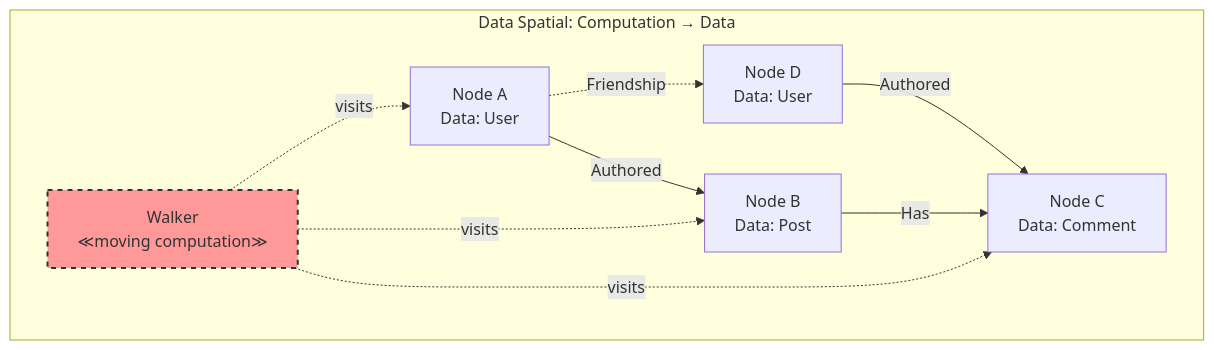
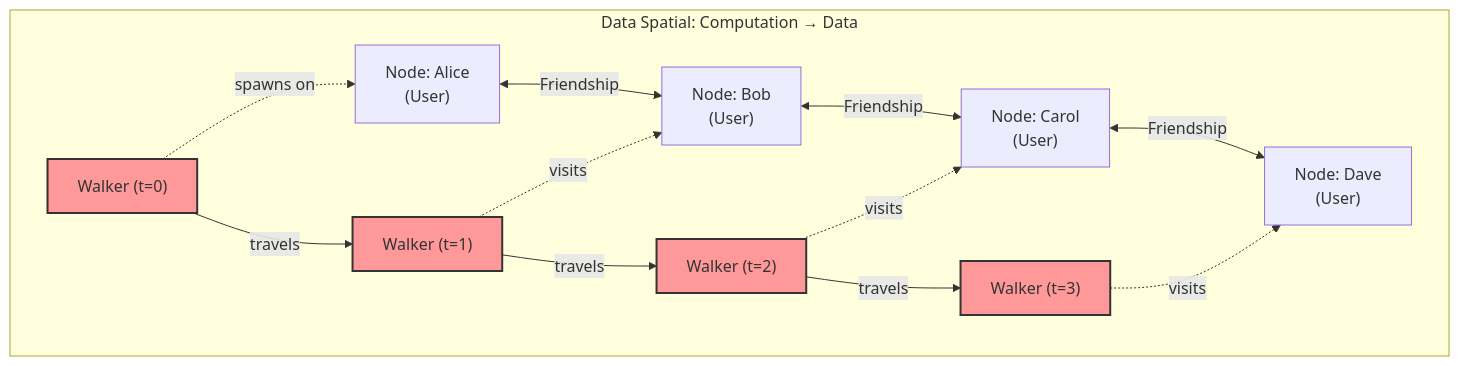
One commit to specialized806/jaseci changed the second of 5 diagrams in docs/docs/jac_book/chapter_1.md. Above: the diagram before and after it, drawn with Mermaid. The commit also changed other lines of this file, not shown here.

````diff
--- a/docs/docs/jac_book/chapter_1.md
+++ b/docs/docs/jac_book/chapter_1.md
@@ -115,22 +106,30 @@
 ```mermaid
 graph TB
     subgraph "Data Spatial: Computation → Data"
-        N1[Node A<br/>Data: User]
-        N2[Node B<br/>Data: Post]
-        N3[Node C<br/>Data: Comment]
-        N4[Node D<br/>Data: User]
+        U1["Node: Alice<br/>(User)"]
+        U2["Node: Bob<br/>(User)"]
+        U3["Node: Carol<br/>(User)"]
+        U4["Node: Dave<br/>(User)"]
 
-        N1 -.->|Friendship| N4
-        N1 -->|Authored| N2
-        N2 -->|Has| N3
-        N4 -->|Authored| N3
+        U1 <--> |"Friendship"| U2
+        U2 <--> |"Friendship"| U3
+        U3 <--> |"Friendship"| U4
 
-        W[Walker<br/>≪moving computation≫]
+        W1["Walker (t=0)"]
+        W2["Walker (t=1)"]
+        W3["Walker (t=2)"]
+        W4["Walker (t=3)"]
 
-        W -.->|visits| N1
-        W -.->|visits| N2
-        W -.->|visits| N3
+        W1 -. "spawns on" .-> U1
+        W2 -. "visits" .-> U2
+        W3 -. "visits" .-> U3
+        W4 -. "visits" .-> U4
 
-        style W fill:#ff9999,stroke:#333,stroke-width:2px,stroke-dasharray: 5 5
+        W1 -- "travels" --> W2 -- "travels" --> W3 -- "travels" --> W4
+
+        style W1 fill:#ff9999,stroke:#333,stroke-width:2px
+        style W2 fill:#ff9999,stroke:#333,stroke-width:2px
+        style W3 fill:#ff9999,stroke:#333,stroke-width:2px
+        style W4 fill:#ff9999,stroke:#333,stroke-width:2px
     end
 ```
````
